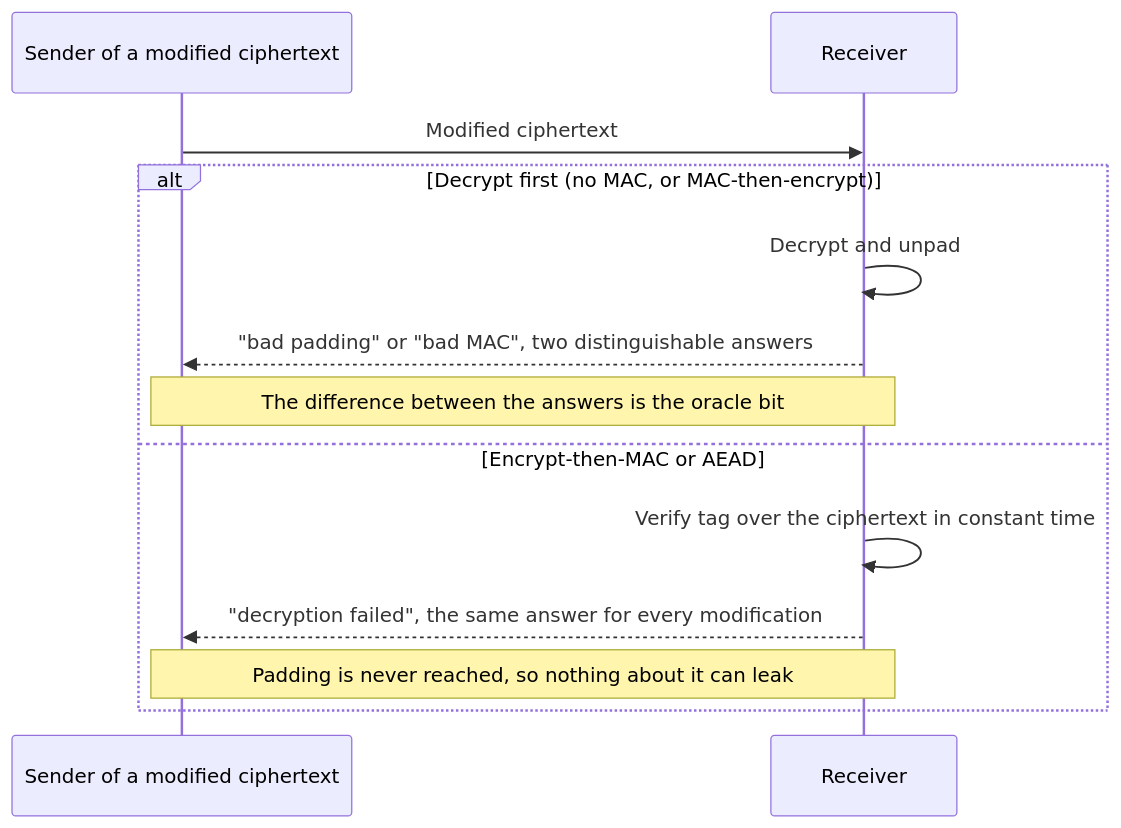
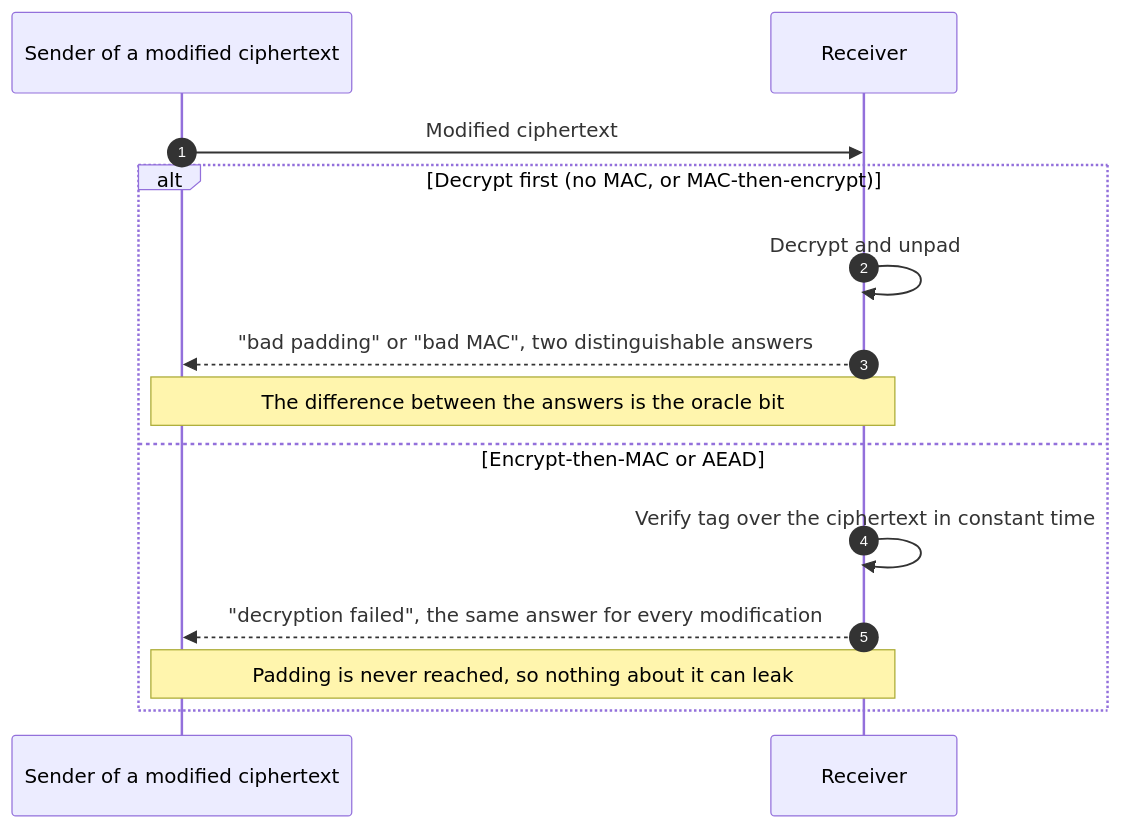
Before and after one commit to hritesh-sonawane/hritesh-sonawane.github.io: the fifth of 7 diagrams in site/content/notes/cryptography/applied-cryptography/01-how-cryptography-fails-in-practice.md, drawn with Mermaid. The commit also changed other lines of this file and 225 other files, not shown here.

````diff
--- a/site/content/notes/cryptography/applied-cryptography/01-how-cryptography-fails-in-practice.md
+++ b/site/content/notes/cryptography/applied-cryptography/01-how-cryptography-fails-in-practice.md
@@ -173,15 +173,16 @@
 ```mermaid {title="Verify-first leaves only one answer, so there is no bit to leak"}
 sequenceDiagram
+  autonumber
   participant A as Sender of a modified ciphertext
   participant R as Receiver
   A->>R: Modified ciphertext
   alt Decrypt first (no MAC, or MAC-then-encrypt)
     R->>R: Decrypt and unpad
     R-->>A: "bad padding" or "bad MAC", two distinguishable answers
     Note over A,R: The difference between the answers is the oracle bit
   else Encrypt-then-MAC or AEAD
     R->>R: Verify tag over the ciphertext in constant time
     R-->>A: "decryption failed", the same answer for every modification
     Note over A,R: Padding is never reached, so nothing about it can leak
   end
 ```
````
